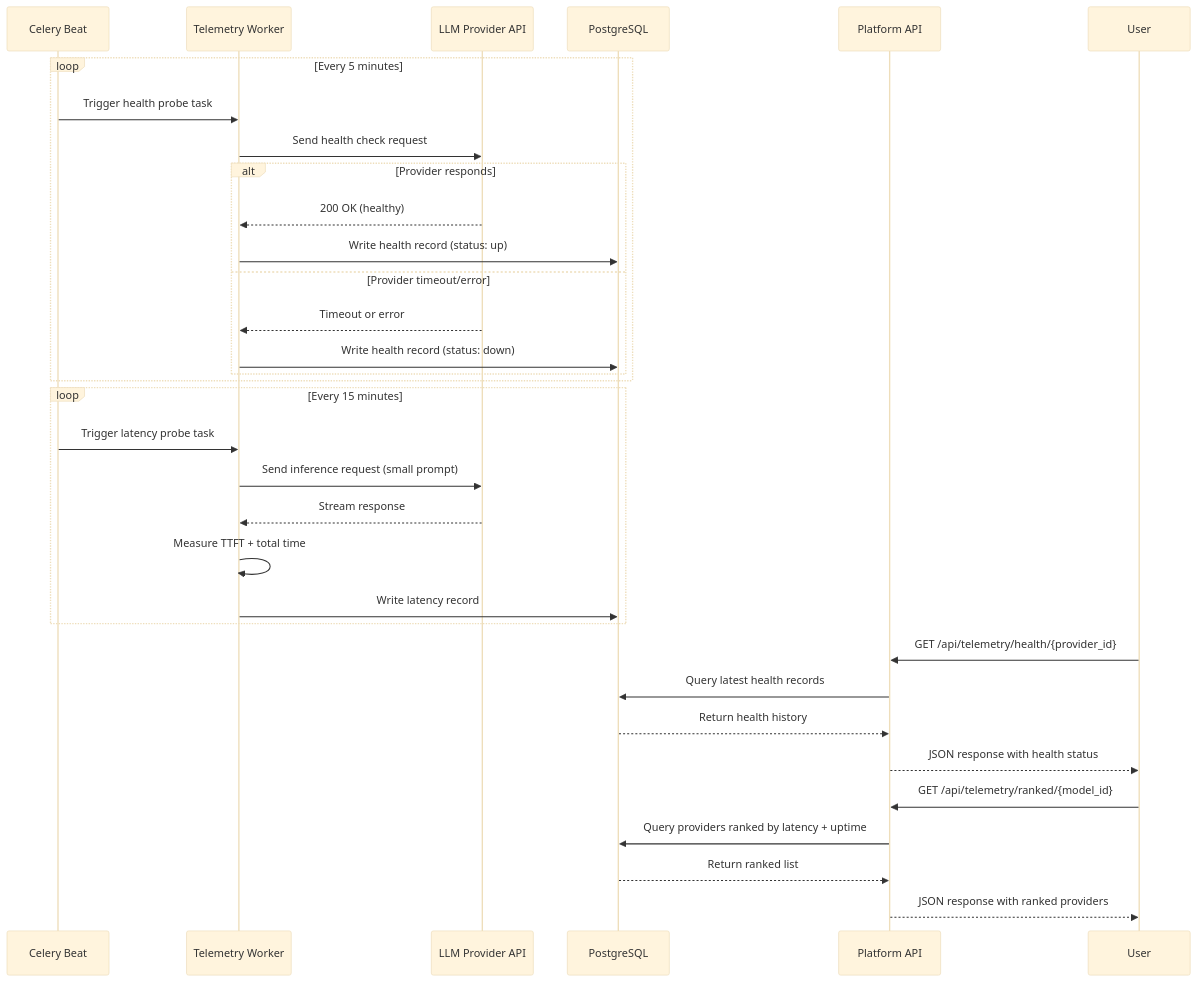
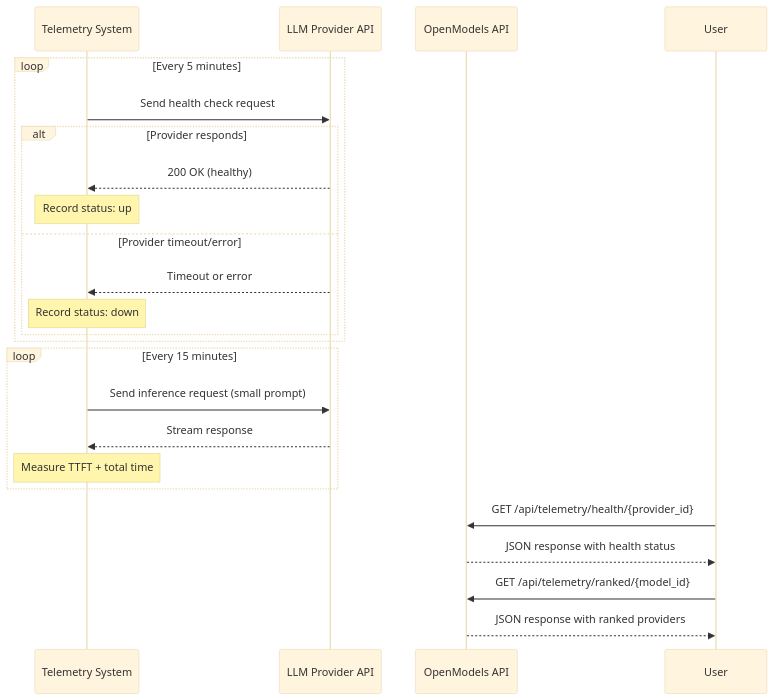
Before and after one commit to openmodelsrun/docs: the third of 4 diagrams in content/architecture/data-flow.mdx, drawn with Mermaid (base theme). The commit also changed other lines of this file and 9 other files, not shown here.

Commit message:
0.6.2 – update terminology from "platform" to "registry" and simplify architecture diagrams

````diff
--- a/content/architecture/data-flow.mdx
+++ b/content/architecture/data-flow.mdx
@@ -120,39 +79,30 @@
 ```mermaid
 sequenceDiagram
-    participant Scheduler as Celery Beat
-    participant Worker as Telemetry Worker
+    participant Telemetry as Telemetry System
     participant Provider as LLM Provider API
-    participant DB as PostgreSQL
-    participant API as Platform API
+    participant API as OpenModels API
     participant User
 
     loop Every 5 minutes
-        Scheduler->>Worker: Trigger health probe task
-        Worker->>Provider: Send health check request
+        Telemetry->>Provider: Send health check request
         alt Provider responds
-            Provider-->>Worker: 200 OK (healthy)
-            Worker->>DB: Write health record (status: up)
+            Provider-->>Telemetry: 200 OK (healthy)
+            Note over Telemetry: Record status: up
         else Provider timeout/error
-            Provider-->>Worker: Timeout or error
-            Worker->>DB: Write health record (status: down)
+            Provider-->>Telemetry: Timeout or error
+            Note over Telemetry: Record status: down
         end
     end
 
     loop Every 15 minutes
-        Scheduler->>Worker: Trigger latency probe task
-        Worker->>Provider: Send inference request (small prompt)
-        Provider-->>Worker: Stream response
-        Worker->>Worker: Measure TTFT + total time
-        Worker->>DB: Write latency record
+        Telemetry->>Provider: Send inference request (small prompt)
+        Provider-->>Telemetry: Stream response
+        Note over Telemetry: Measure TTFT + total time
     end
 
     User->>API: GET /api/telemetry/health/{provider_id}
-    API->>DB: Query latest health records
-    DB-->>API: Return health history
     API-->>User: JSON response with health status
 
     User->>API: GET /api/telemetry/ranked/{model_id}
-    API->>DB: Query providers ranked by latency + uptime
-    DB-->>API: Return ranked list
     API-->>User: JSON response with ranked providers
 ```
````
